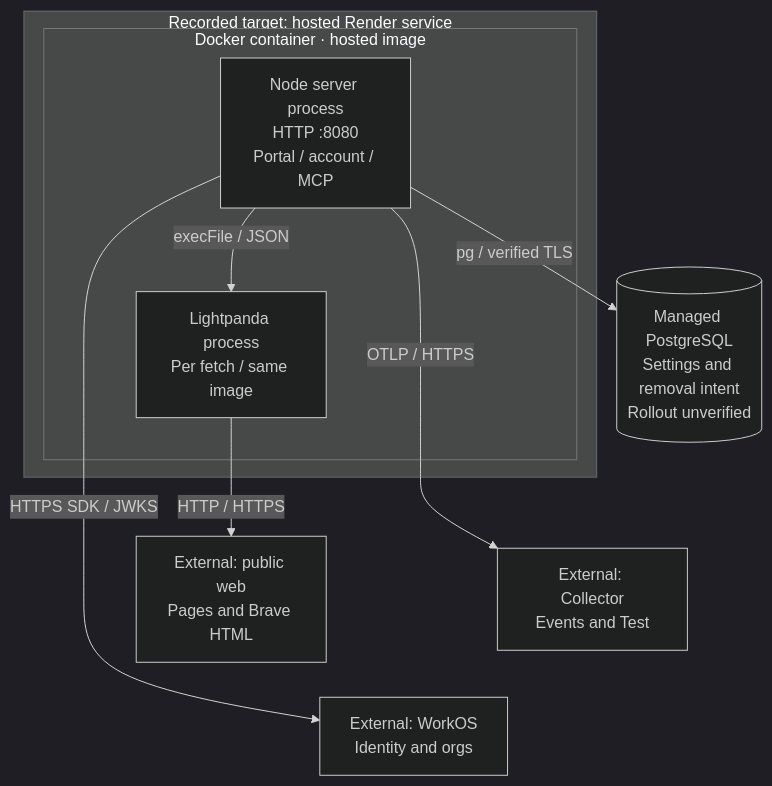
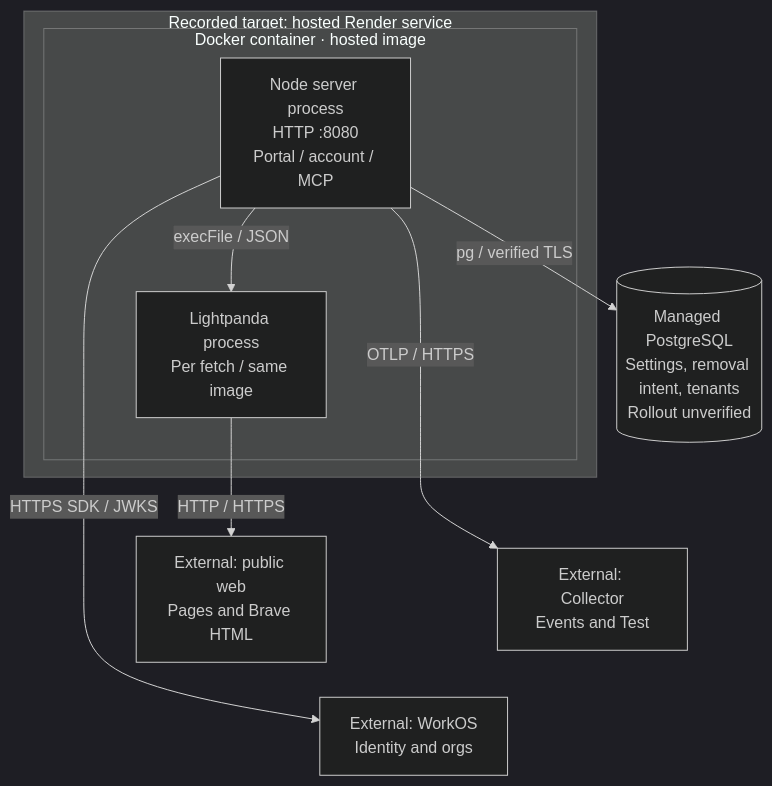
Diagram 16 of 16 in architecture/components.md (tomer-mayara/Thermus), drawn with Mermaid (dark theme) before and after one commit. The commit also changed other lines of this file and 43 other files, not shown here.

````diff
--- a/architecture/components.md
+++ b/architecture/components.md
@@ -1112,22 +1182,22 @@
 ```mermaid
 %%{init: {"flowchart": {"wrappingWidth": 130, "nodeSpacing": 20, "rankSpacing": 35, "subGraphTitleMargin": {"top": 0, "bottom": 12}}}}%%
 flowchart TB
   subgraph deploy_hosted["Recorded target: hosted Render service"]
     subgraph deploy_hosted_docker["Docker container · hosted image"]
       deploy_hosted_node["Node server process<br/>HTTP :8080<br/>Portal / account / MCP"]
       deploy_hosted_child["Lightpanda process<br/>Per fetch / same image"]
     end
     deploy_hosted_node -->|execFile / JSON| deploy_hosted_child
   end
-  deploy_settings[("Managed PostgreSQL<br/>Settings and removal intent<br/>Rollout unverified")]
+  deploy_settings[("Managed PostgreSQL<br/>Settings, removal intent, tenants<br/>Rollout unverified")]
   deploy_collector["External: Collector<br/>Events and Test"]
   deploy_workos["External: WorkOS<br/>Identity and orgs"]
   deploy_public["External: public web<br/>Pages and Brave HTML"]
   deploy_hosted_node -->|pg / verified TLS| deploy_settings
   deploy_hosted_node -->|OTLP / HTTPS| deploy_collector
   deploy_hosted_node -->|HTTPS SDK / JWKS| deploy_workos
   deploy_hosted_child -->|HTTP / HTTPS| deploy_public
   %% Invisible links keep external services in one column.
   deploy_settings ~~~ deploy_collector
   deploy_collector ~~~ deploy_workos
 ```
````
